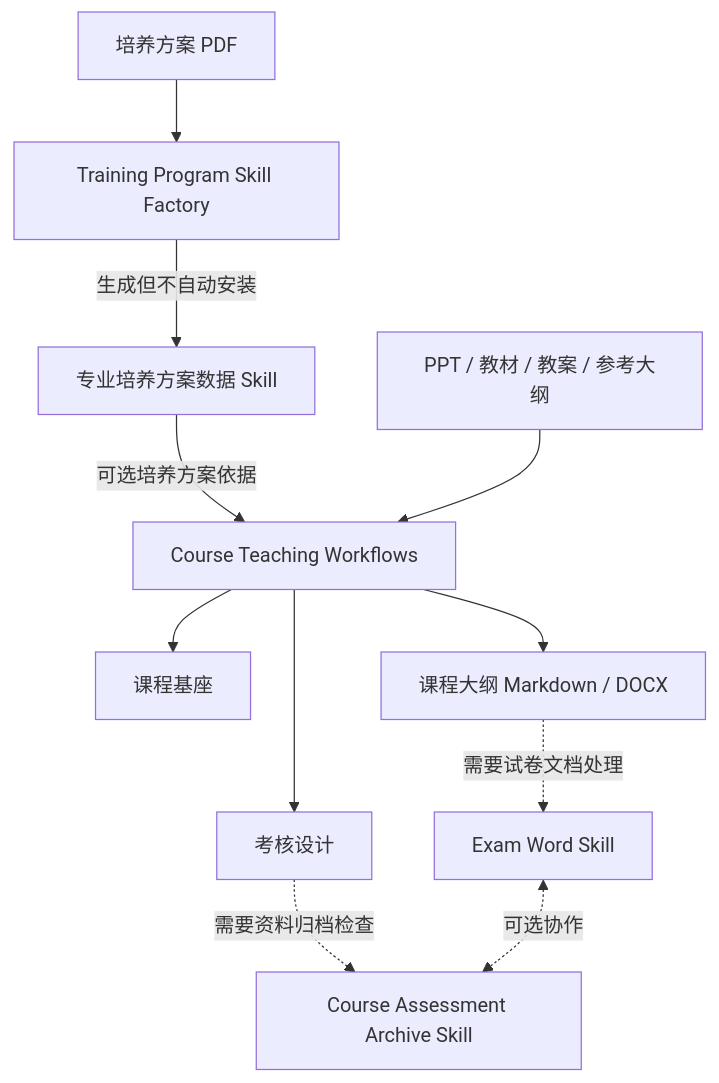
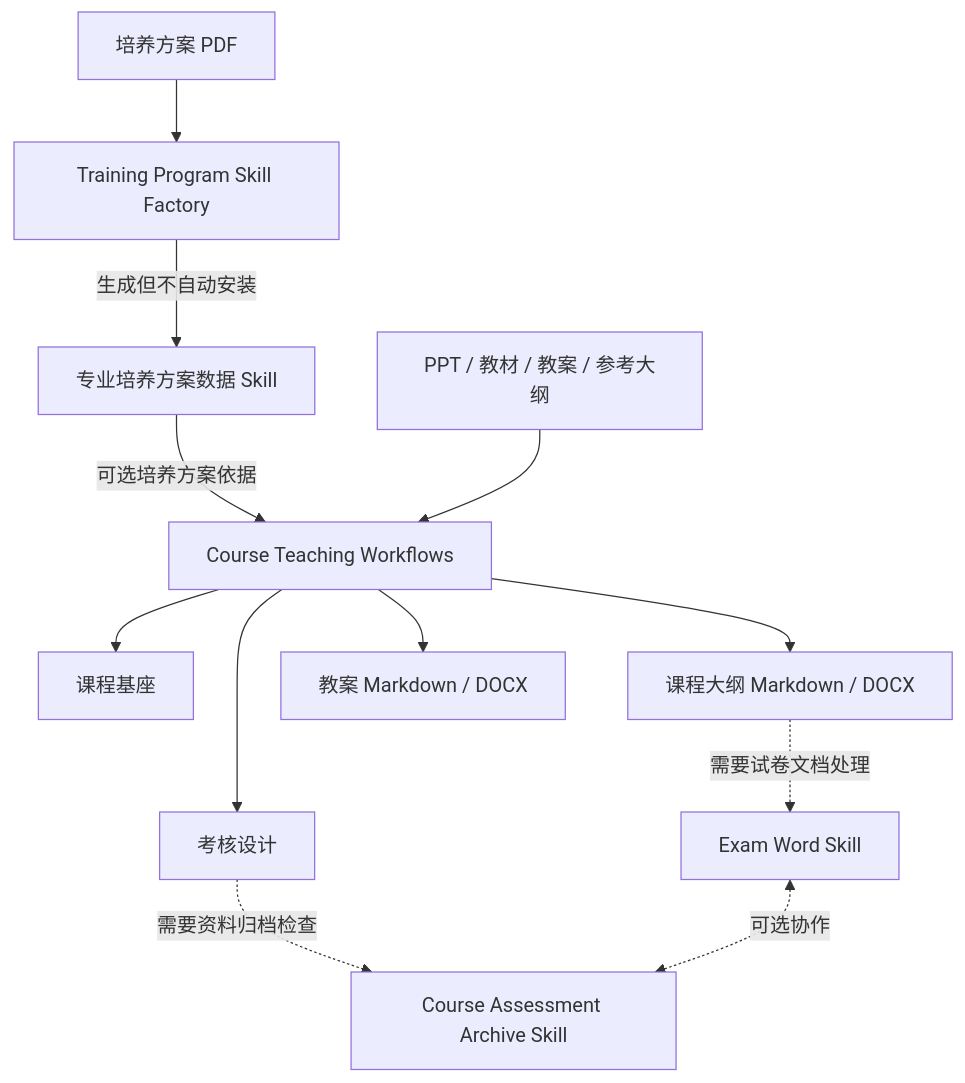
Before and after one commit to Teaching-Works-Lab/.github: the diagram in profile/README.md, drawn with Mermaid. The commit also changed other lines of this file and 2 other files, not shown here.

````diff
--- a/profile/README.md
+++ b/profile/README.md
@@ -19,13 +20,14 @@
 ```mermaid
 flowchart TD
     A[培养方案 PDF] --> B[Training Program Skill Factory]
     B -->|生成但不自动安装| C[专业培养方案数据 Skill]
     C -->|可选培养方案依据| D[Course Teaching Workflows]
     E[PPT / 教材 / 教案 / 参考大纲] --> D
     D --> F[课程基座]
     D --> G[考核设计]
     D --> H[课程大纲 Markdown / DOCX]
+    D --> K[教案 Markdown / DOCX]
     H -.需要试卷文档处理.-> I[Exam Word Skill]
     G -.需要资料归档检查.-> J[Course Assessment Archive Skill]
     I <-.可选协作.-> J
 ```
````
